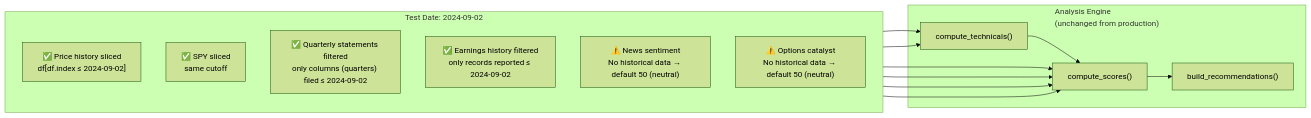
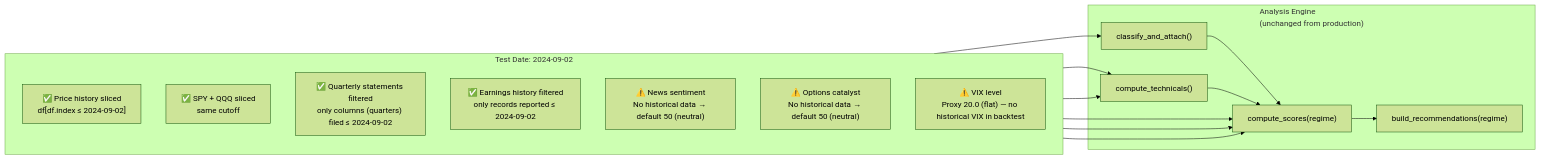
Diagram 13 of 15 in HLD.md (krutikpatel/stockBuyDecisioner1), drawn with Mermaid (forest theme) before and after one commit. The commit also changed other lines of this file and 44 other files, not shown here.

````diff
--- a/HLD.md
+++ b/HLD.md
@@ -526,27 +631,30 @@
 ```mermaid
 flowchart LR
     subgraph TestDate["Test Date: 2024-09-02"]
         direction TB
         PRICE["✅ Price history sliced\ndf[df.index ≤ 2024-09-02]"]
-        SPY2["✅ SPY sliced\nsame cutoff"]
+        SPY2["✅ SPY + QQQ sliced\nsame cutoff"]
         QSTMT["✅ Quarterly statements filtered\nonly columns (quarters) filed ≤ 2024-09-02"]
         EHIST["✅ Earnings history filtered\nonly records reported ≤ 2024-09-02"]
         NEWS2["⚠️ News sentiment\nNo historical data → default 50 (neutral)"]
         OPTS["⚠️ Options catalyst\nNo historical data → default 50 (neutral)"]
+        REGIME3["⚠️ VIX level\nProxy 20.0 (flat) — no historical VIX in backtest"]
     end
 
     subgraph Engine["Analysis Engine\n(unchanged from production)"]
         TECH2["compute_technicals()"]
-        SCORE2["compute_scores()"]
-        RECS["build_recommendations()"]
+        ARCH3["classify_and_attach()"]
+        SCORE2["compute_scores(regime)"]
+        RECS["build_recommendations(regime)"]
     end
 
     PRICE --> TECH2
     SPY2 --> TECH2
-    QSTMT --> SCORE2
+    QSTMT --> ARCH3
+    ARCH3 --> SCORE2
     EHIST --> SCORE2
     NEWS2 --> SCORE2
     OPTS --> SCORE2
     TECH2 --> SCORE2
     SCORE2 --> RECS
 ```
````
